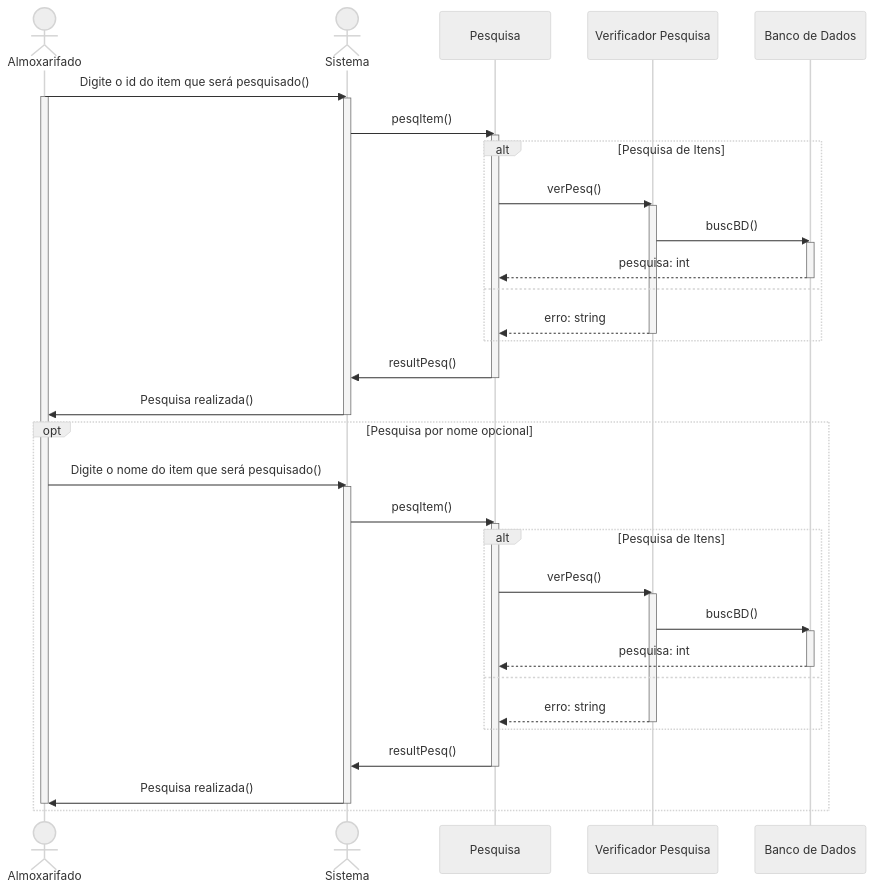
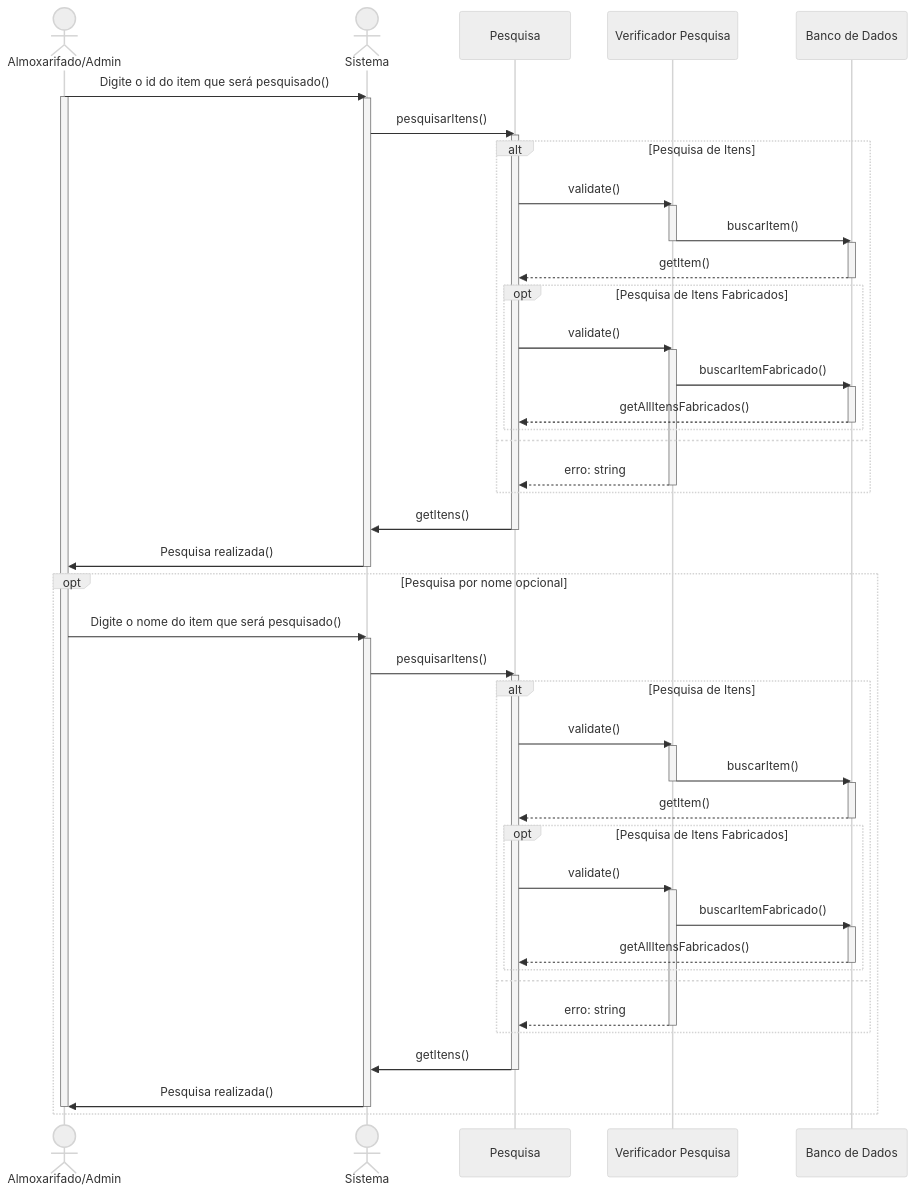
The diagram in DiagramaSequencia/Item/Pesquisa.md (branqsMRP/SequenceDiagram), drawn with Mermaid (neutral theme) before and after one commit. The commit also changed 4 other files, not shown here.

`````diff
--- a/DiagramaSequencia/Item/Pesquisa.md
+++ b/DiagramaSequencia/Item/Pesquisa.md
@@ -1,64 +1,83 @@
 ````mermaid
 sequenceDiagram 
-    actor A as Almoxarifado
+    actor A as Almoxarifado/Admin
     actor S as Sistema
     participant P as Pesquisa
     participant VP as Verificador Pesquisa
     participant BD as Banco de Dados
 
     % Pesquisa por ID
 
     A->>S: Digite o id do item que será pesquisado()
     Activate A
     Activate S
-    S->>P: pesqItem()
+    S->>P: pesquisarItens()
     Activate P
 
     alt Pesquisa de Itens
-        P->>VP: verPesq()        
+        P->>VP: validate()        
         Activate VP
-        VP->>BD: buscBD()
+        VP->>BD: buscarItem()
+        Deactivate VP
         Activate BD
-        BD-->>P: pesquisa: int
+        BD-->>P: getItem()
         deactivate BD
+                opt Pesquisa de Itens Fabricados
+                    P->>VP: validate()        
+                    Activate VP
+                    VP->>BD: buscarItemFabricado()
+                    Activate BD
+                    BD-->>P: getAllItensFabricados()
+                    deactivate BD
+                end
         
     else
         VP-->>P: erro: string
         deactivate VP
     end
 
-    P->>S: resultPesq()    
+
+    P->>S: getItens()    
     deactivate P
     S->>A: Pesquisa realizada()
     deactivate S
 
     % Pesquisa por nome
 
     opt Pesquisa por nome opcional
     A->>S: Digite o nome do item que será pesquisado()
     Activate S
-    S->>P: pesqItem()
+    S->>P: pesquisarItens()
     Activate P
 
     alt Pesquisa de Itens
-        P->>VP: verPesq()        
+        P->>VP: validate()         
         Activate VP
-        VP->>BD: buscBD()
+        VP->>BD: buscarItem()
+        Deactivate VP
         Activate BD
-        BD-->>P: pesquisa: int
+        BD-->>P: getItem()
         deactivate BD
+            opt Pesquisa de Itens Fabricados
+                P->>VP: validate()        
+                Activate VP
+                VP->>BD: buscarItemFabricado()
+                Activate BD
+                BD-->>P: getAllItensFabricados()
+                deactivate BD
+            end
         
     else
         VP-->>P: erro: string
         deactivate VP
     end
 
-    P->>S: resultPesq()    
+    P->>S: getItens()    
     deactivate P
     S->>A: Pesquisa realizada()
     deactivate S
     deactivate A
     end
 
 
 ````
`````
